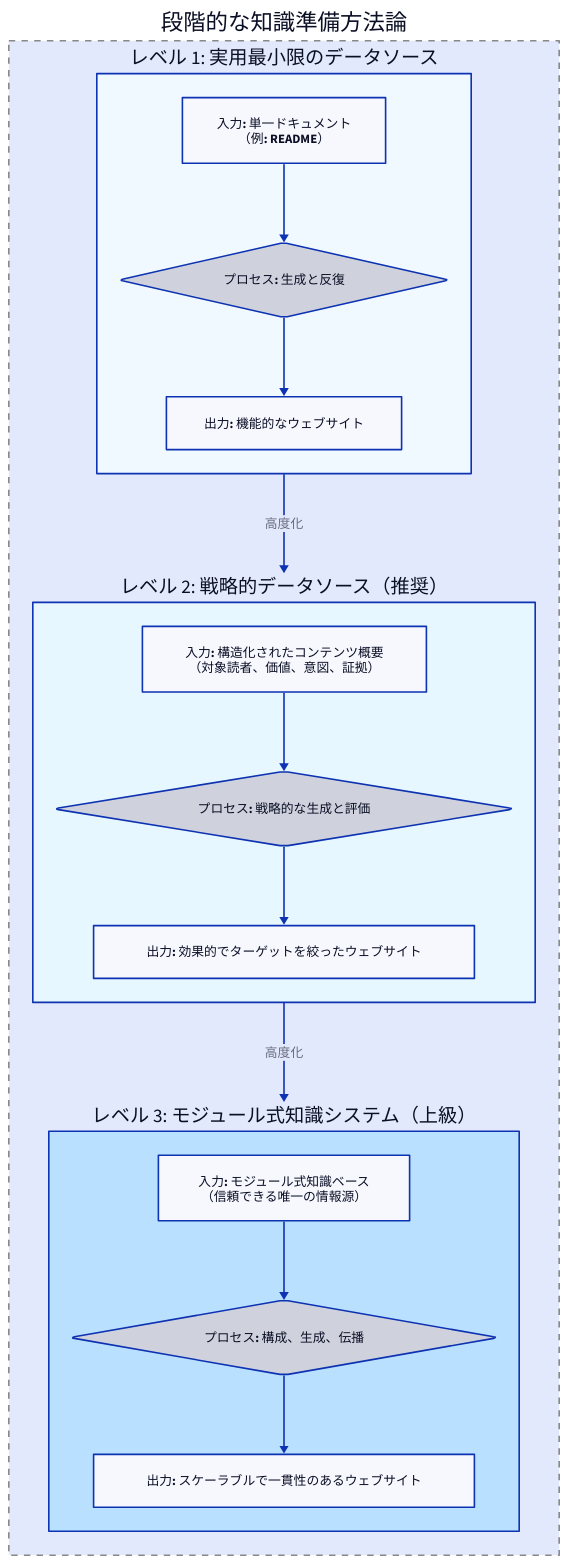
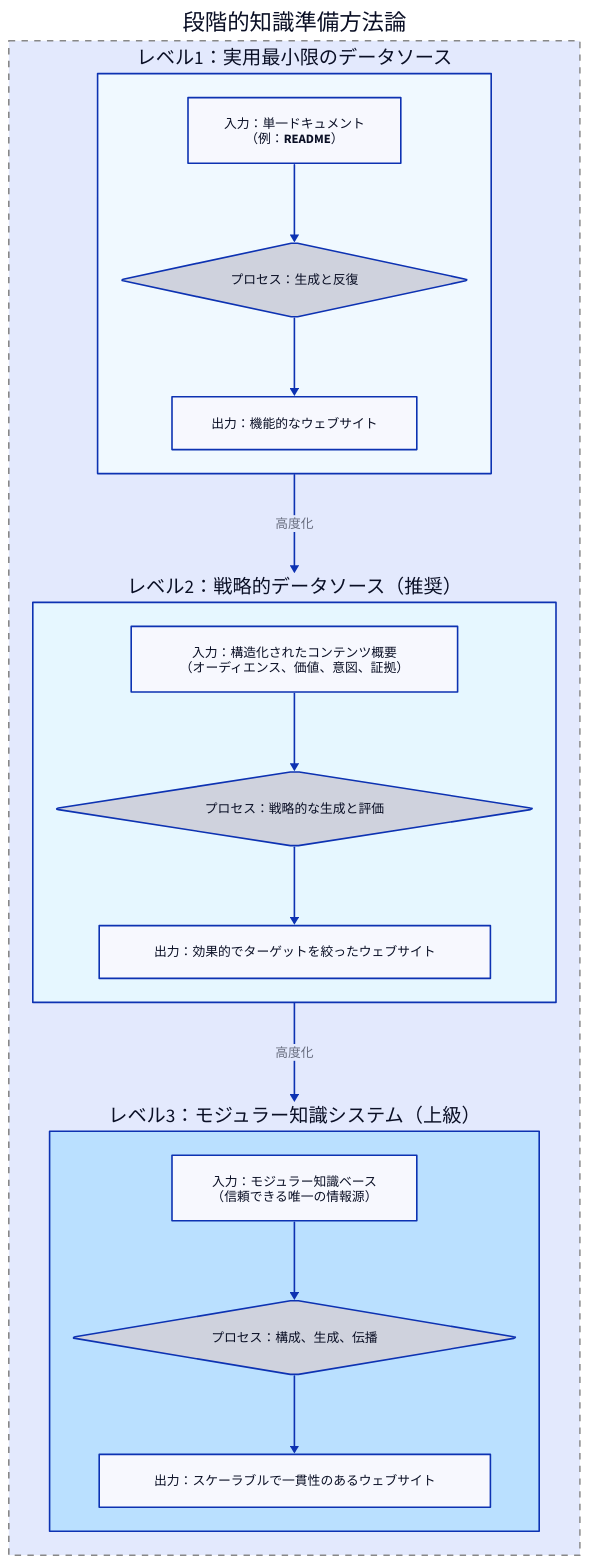
The diagram in .aigne/doc-smith/docs/guides.ja.md (AIGNE-io/aigne-web-smith), drawn with D2 before and after one commit. The commit also changed other lines of this file and 6 other files, not shown here.

```diff
--- a/.aigne/doc-smith/docs/guides.ja.md
+++ b/.aigne/doc-smith/docs/guides.ja.md
@@ -10,7 +10,7 @@
 direction: down
 
 Knowledge-Preparation-Methodology: {
-  label: "段階的な知識準備方法論"
+  label: "段階的知識準備方法論"
   shape: rectangle
   style: {
     stroke: "#888"
@@ -19,64 +19,64 @@
   }
 
   Level-1: {
-    label: "レベル 1: 実用最小限のデータソース"
+    label: "レベル1：実用最小限のデータソース"
     shape: rectangle
     style.fill: "#f0f9ff"
 
     Input-1: {
-      label: "入力: 単一ドキュメント\n（例: README）"
+      label: "入力：単一ドキュメント\n（例：README）"
       shape: rectangle
     }
 
     Process-1: {
-      label: "プロセス: 生成と反復"
+      label: "プロセス：生成と反復"
       shape: diamond
     }
 
     Output-1: {
-      label: "出力: 機能的なウェブサイト"
+      label: "出力：機能的なウェブサイト"
       shape: rectangle
     }
   }
 
   Level-2: {
-    label: "レベル 2: 戦略的データソース（推奨）"
+    label: "レベル2：戦略的データソース（推奨）"
     shape: rectangle
     style.fill: "#e6f7ff"
 
     Input-2: {
-      label: "入力: 構造化されたコンテンツ概要\n（対象読者、価値、意図、証拠）"
+      label: "入力：構造化されたコンテンツ概要\n（オーディエンス、価値、意図、証拠）"
       shape: rectangle
     }
 
     Process-2: {
-      label: "プロセス: 戦略的な生成と評価"
+      label: "プロセス：戦略的な生成と評価"
       shape: diamond
     }
 
     Output-2: {
-      label: "出力: 効果的でターゲットを絞ったウェブサイト"
+      label: "出力：効果的でターゲットを絞ったウェブサイト"
       shape: rectangle
     }
   }
 
   Level-3: {
-    label: "レベル 3: モジュール式知識システム（上級）"
+    label: "レベル3：モジュラー知識システム（上級）"
     shape: rectangle
     style.fill: "#bae0ff"
 
     Input-3: {
-      label: "入力: モジュール式知識ベース\n（信頼できる唯一の情報源）"
+      label: "入力：モジュラー知識ベース\n（信頼できる唯一の情報源）"
       shape: rectangle
     }
 
     Process-3: {
-      label: "プロセス: 構成、生成、伝播"
+      label: "プロセス：構成、生成、伝播"
       shape: diamond
     }
 
     Output-3: {
-      label: "出力: スケーラブルで一貫性のあるウェブサイト"
+      label: "出力：スケーラブルで一貫性のあるウェブサイト"
       shape: rectangle
     }
   }
```
